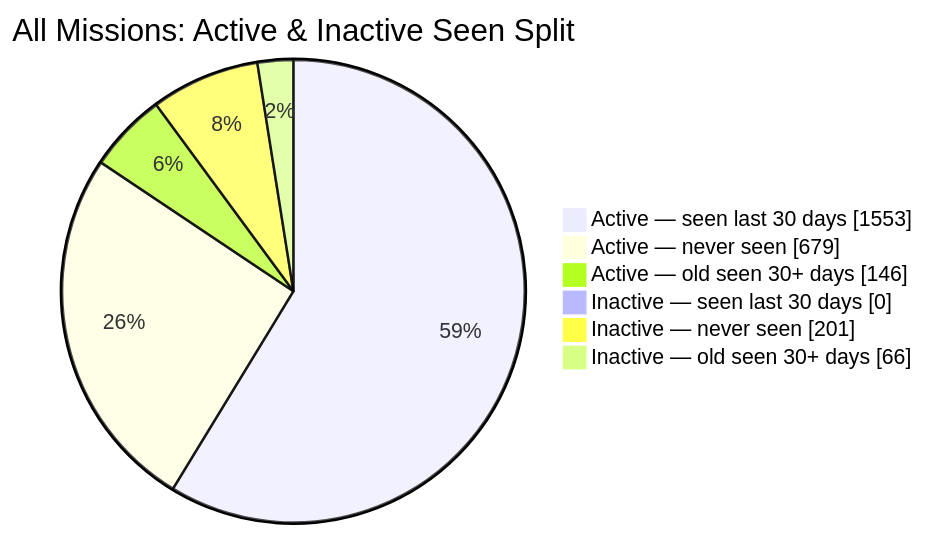
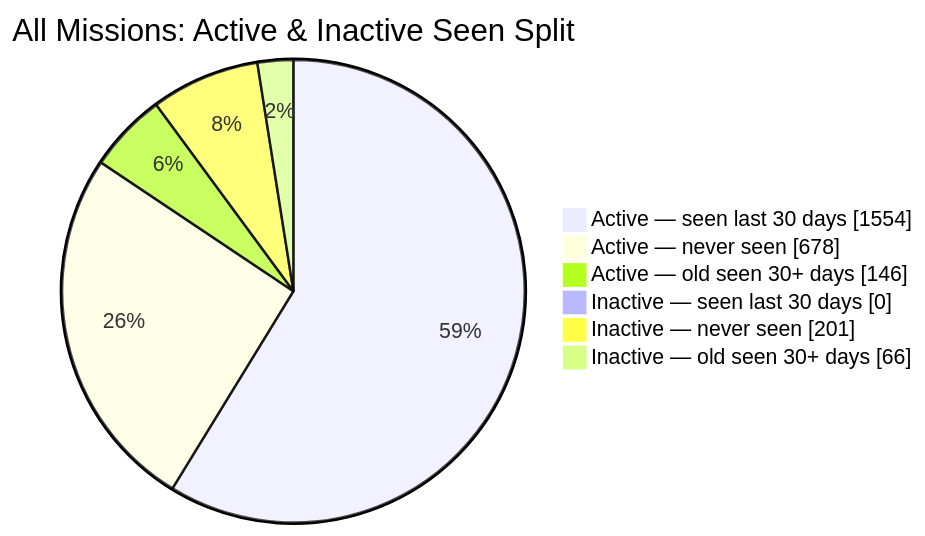
Before and after one commit to MeldkamerspelGameTeam/active-missions: the second of 2 diagrams in README.md, drawn with Mermaid. The commit also changed other lines of this file and 2 other files, not shown here.

````diff
--- a/README.md
+++ b/README.md
@@ -44,10 +44,10 @@
 ```mermaid
 pie showData
     title All Missions: Active & Inactive Seen Split
-    "Active — seen last 30 days" : 1553
-    "Active — never seen" : 679
+    "Active — seen last 30 days" : 1554
+    "Active — never seen" : 678
     "Active — old seen 30+ days" : 146
     "Inactive — seen last 30 days" : 0
     "Inactive — never seen" : 201
     "Inactive — old seen 30+ days" : 66
 ```
````
